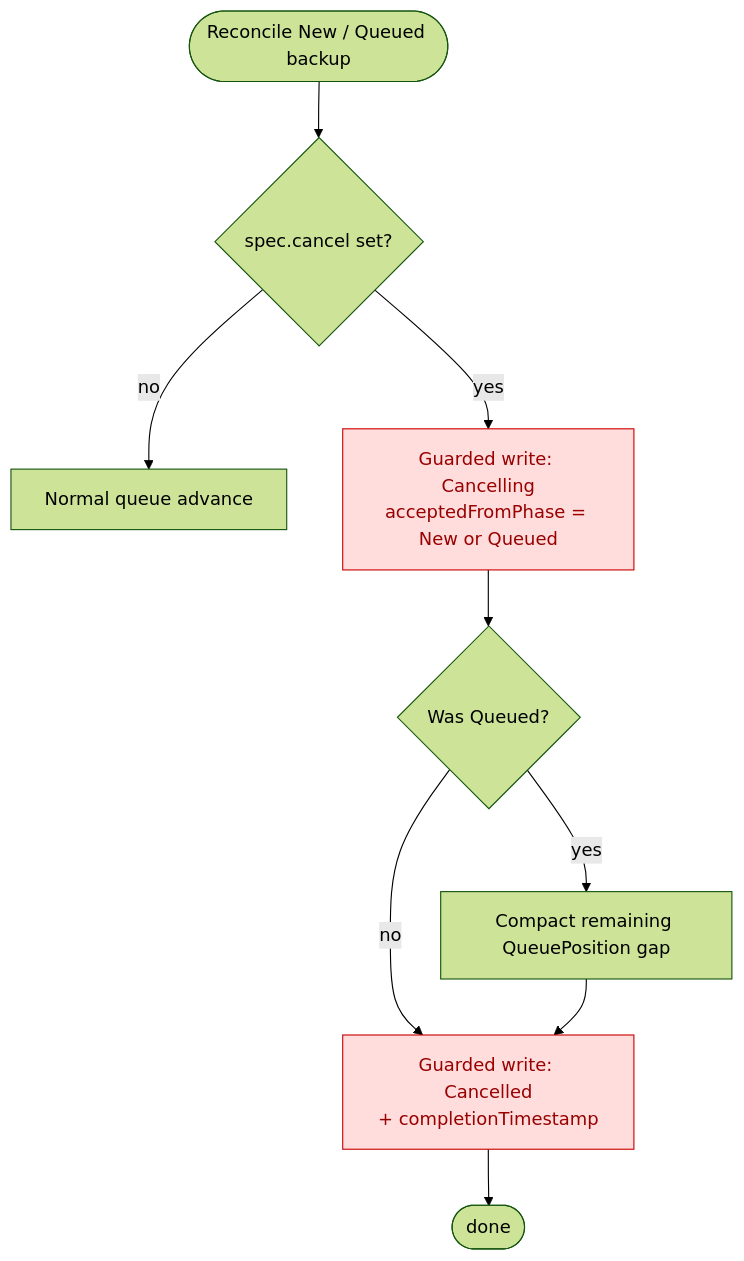
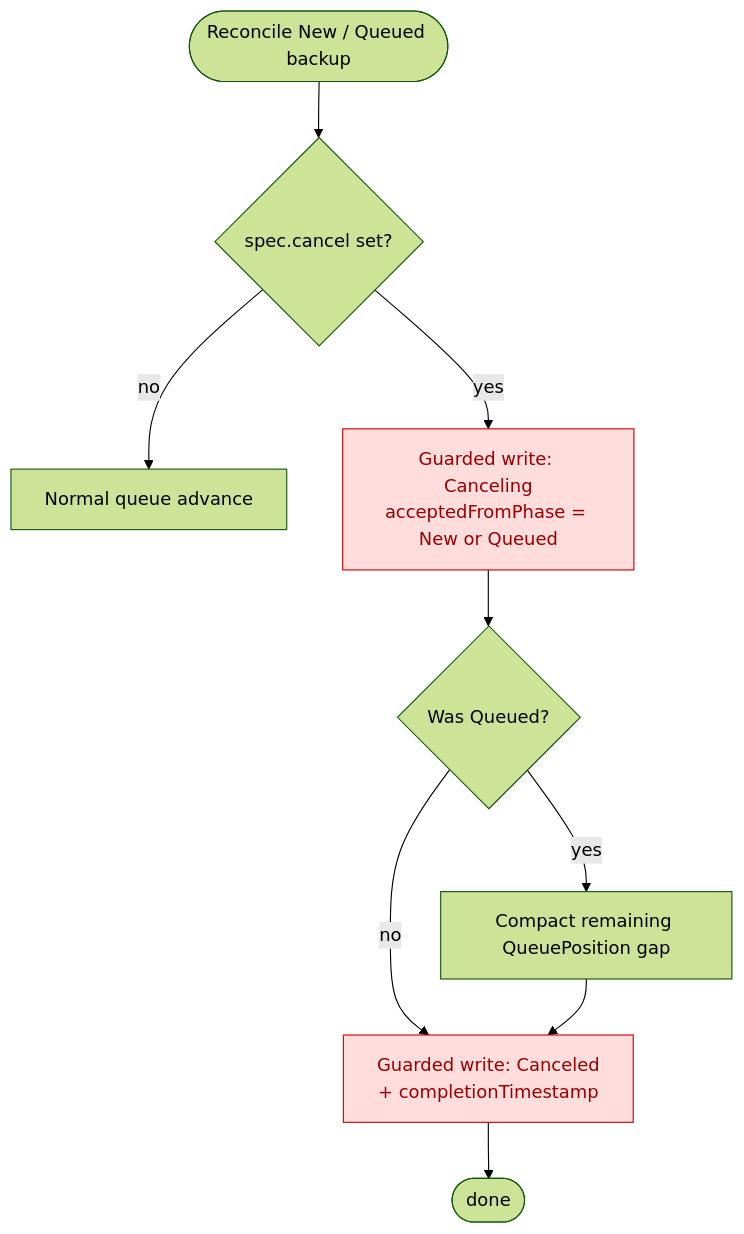
One commit to vmware-tanzu/velero changed the second of 6 diagrams in design/backup-cancellation_design.md. Above: the diagram before and after it, drawn with Mermaid (forest theme). The commit also changed other lines of this file, not shown here.

First line of the commit message:
Use US spelling (Canceling/Canceled) in backup cancellation design

````diff
--- a/design/backup-cancellation_design.md
+++ b/design/backup-cancellation_design.md
@@ -276,14 +276,14 @@
 ```mermaid
 flowchart TD
     A([Reconcile New / Queued backup]) --> B{spec.cancel set?}
     B -- no --> C[Normal queue advance]
-    B -- yes --> D["Guarded write: Cancelling<br/>acceptedFromPhase = New or Queued"]
+    B -- yes --> D["Guarded write: Canceling<br/>acceptedFromPhase = New or Queued"]
     D --> E{Was Queued?}
     E -- yes --> F[Compact remaining QueuePosition gap]
-    E -- no --> G["Guarded write: Cancelled<br/>+ completionTimestamp"]
+    E -- no --> G["Guarded write: Canceled<br/>+ completionTimestamp"]
     F --> G
     G --> H([done])
 
     classDef cancel fill:#fdd,stroke:#c00,color:#900
     class D,G cancel
 ```
````
